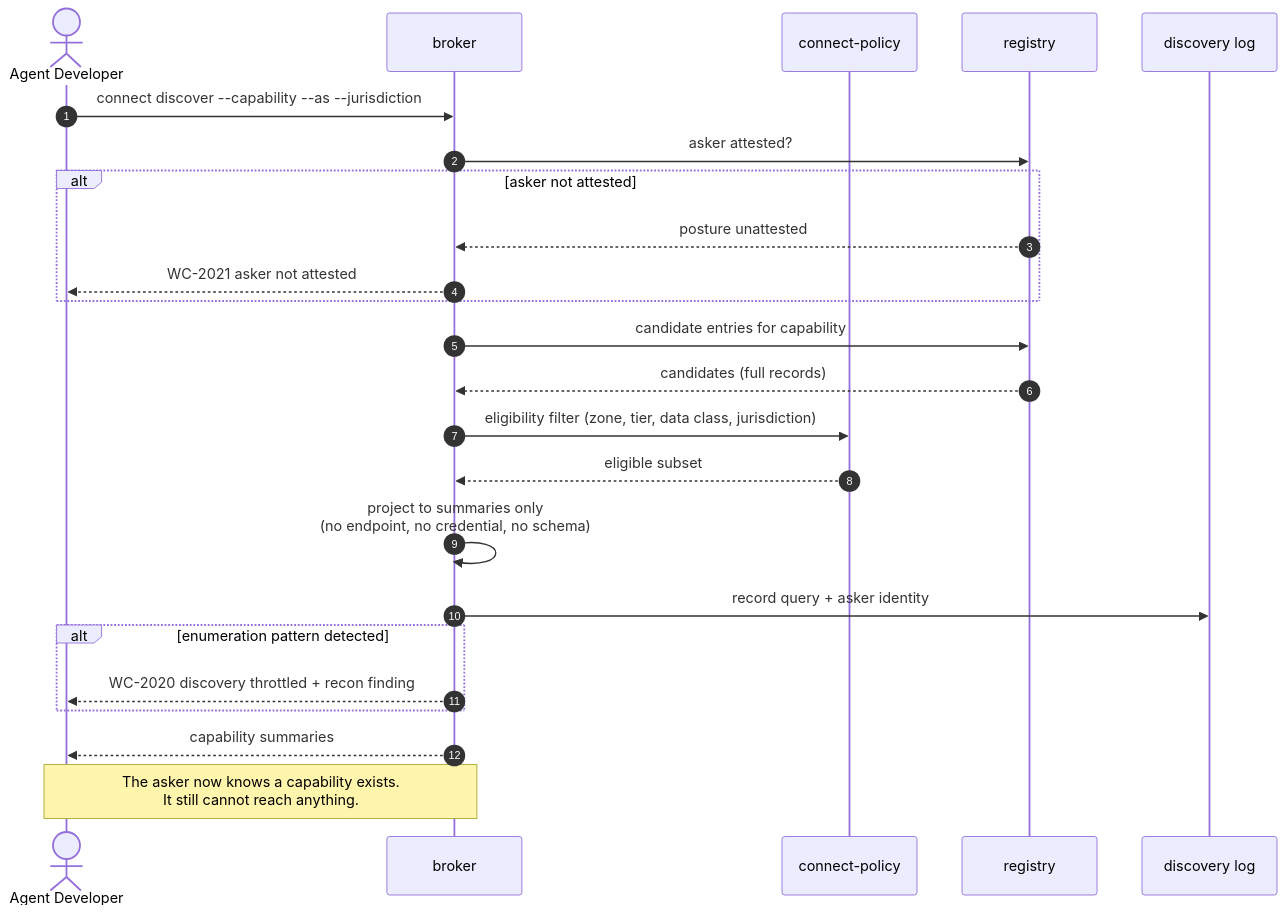
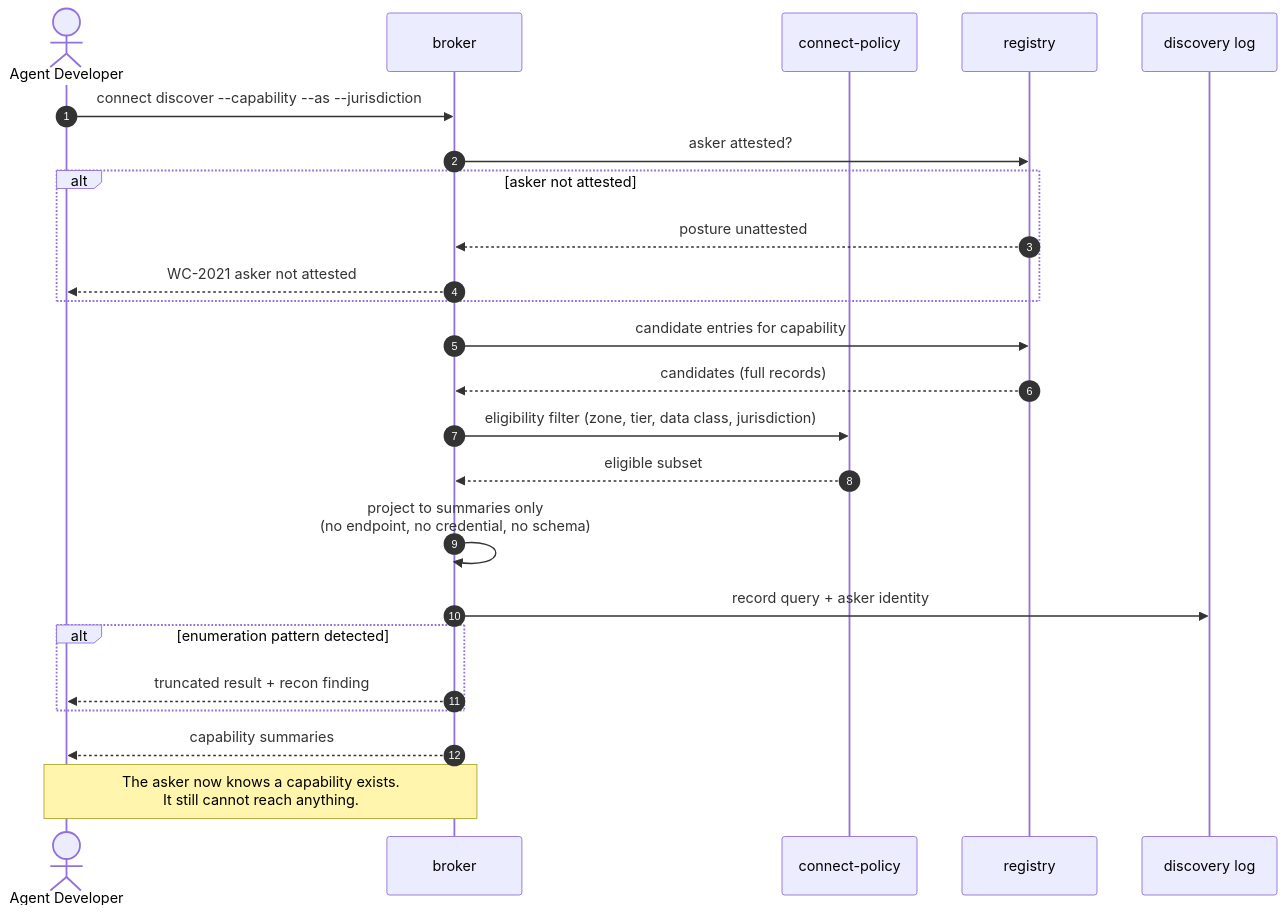
One commit to vijayvedula/warden-connect changed the diagram in docs/use-cases/diagrams/uc-03.mmd. Above: the diagram before and after it, drawn with Mermaid. The commit also changed 17 other files, not shown here.

```diff
--- a/docs/use-cases/diagrams/uc-03.mmd
+++ b/docs/use-cases/diagrams/uc-03.mmd
@@ -1,25 +1,25 @@
 sequenceDiagram
     autonumber
     actor Dev as Agent Developer
     participant Brk as broker
     participant Pol as connect-policy
     participant Reg as registry
     participant Log as discovery log
 
     Dev->>Brk: connect discover --capability --as --jurisdiction
     Brk->>Reg: asker attested?
     alt asker not attested
         Reg-->>Brk: posture unattested
         Brk-->>Dev: WC-2021 asker not attested
     end
     Brk->>Reg: candidate entries for capability
     Reg-->>Brk: candidates (full records)
     Brk->>Pol: eligibility filter (zone, tier, data class, jurisdiction)
     Pol-->>Brk: eligible subset
     Brk->>Brk: project to summaries only<br/>(no endpoint, no credential, no schema)
     Brk->>Log: record query + asker identity
     alt enumeration pattern detected
-        Brk-->>Dev: WC-2020 discovery throttled + recon finding
+        Brk-->>Dev: truncated result + recon finding
     end
     Brk-->>Dev: capability summaries
     Note over Dev,Brk: The asker now knows a capability exists.<br/>It still cannot reach anything.
```
